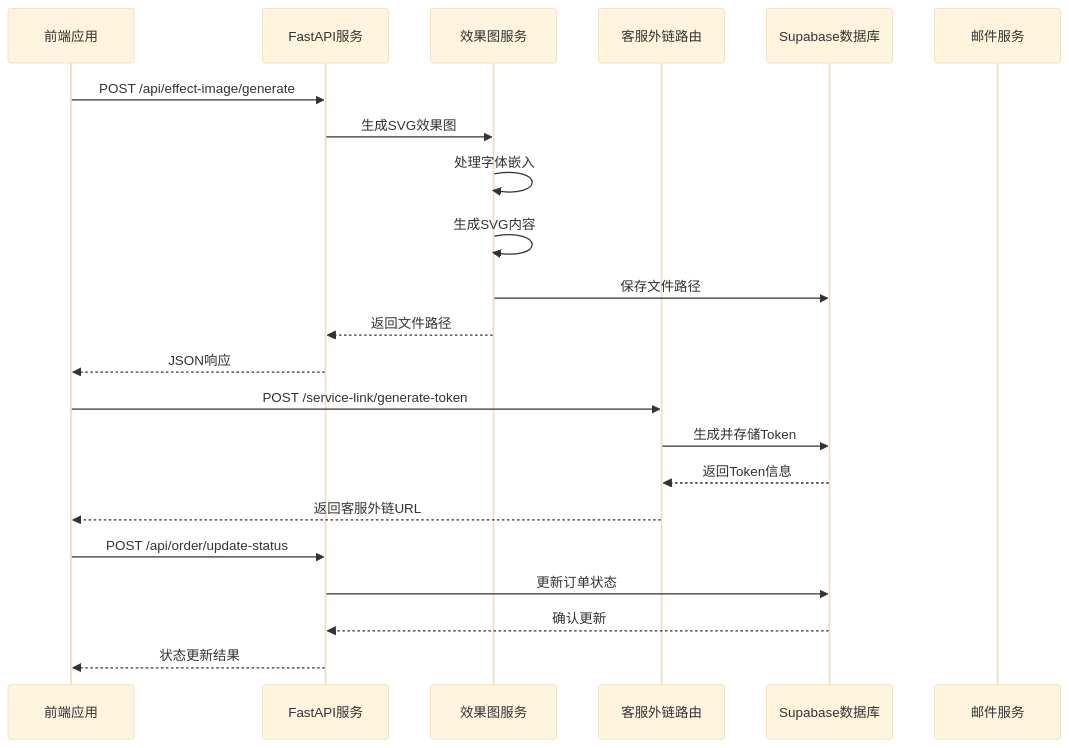
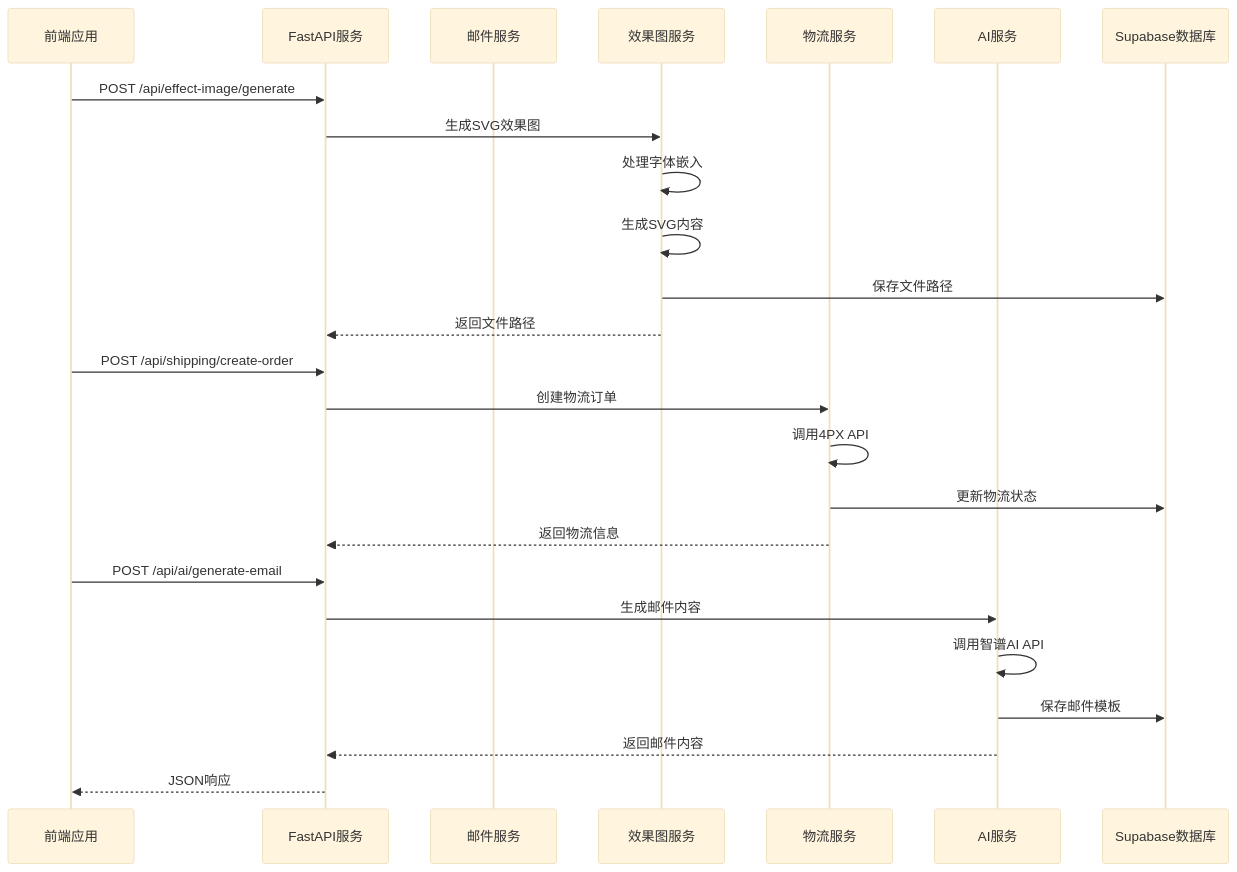
Before and after one commit to SY6621/POD-Order-Management: the third of 19 diagrams in .qoder/repowiki/zh/content/项目概述.md, drawn with Mermaid (base theme). The commit also changed other lines of this file and 8 other files, not shown here.

````diff
--- a/.qoder/repowiki/zh/content/项目概述.md
+++ b/.qoder/repowiki/zh/content/项目概述.md
@@ -206,24 +238,27 @@
 ```mermaid
 sequenceDiagram
 participant Frontend as 前端应用
 participant FastAPI as FastAPI服务
+participant EmailService as 邮件服务
 participant EffectService as 效果图服务
-participant ServiceLinkRoutes as 客服外链路由
+participant ShippingService as 物流服务
+participant AIService as AI服务
 participant Supabase as Supabase数据库
-participant EmailService as 邮件服务
 Frontend->>FastAPI : POST /api/effect-image/generate
 FastAPI->>EffectService : 生成SVG效果图
 EffectService->>EffectService : 处理字体嵌入
 EffectService->>EffectService : 生成SVG内容
 EffectService->>Supabase : 保存文件路径
 EffectService-->>FastAPI : 返回文件路径
+Frontend->>FastAPI : POST /api/shipping/create-order
+FastAPI->>ShippingService : 创建物流订单
+ShippingService->>ShippingService : 调用4PX API
+ShippingService->>Supabase : 更新物流状态
+ShippingService-->>FastAPI : 返回物流信息
+Frontend->>FastAPI : POST /api/ai/generate-email
+FastAPI->>AIService : 生成邮件内容
+AIService->>AIService : 调用智谱AI API
+AIService->>Supabase : 保存邮件模板
+AIService-->>FastAPI : 返回邮件内容
 FastAPI-->>Frontend : JSON响应
-Frontend->>ServiceLinkRoutes : POST /service-link/generate-token
-ServiceLinkRoutes->>Supabase : 生成并存储Token
-Supabase-->>ServiceLinkRoutes : 返回Token信息
-ServiceLinkRoutes-->>Frontend : 返回客服外链URL
-Frontend->>FastAPI : POST /api/order/update-status
-FastAPI->>Supabase : 更新订单状态
-Supabase-->>FastAPI : 确认更新
-FastAPI-->>Frontend : 状态更新结果
 ```
````
